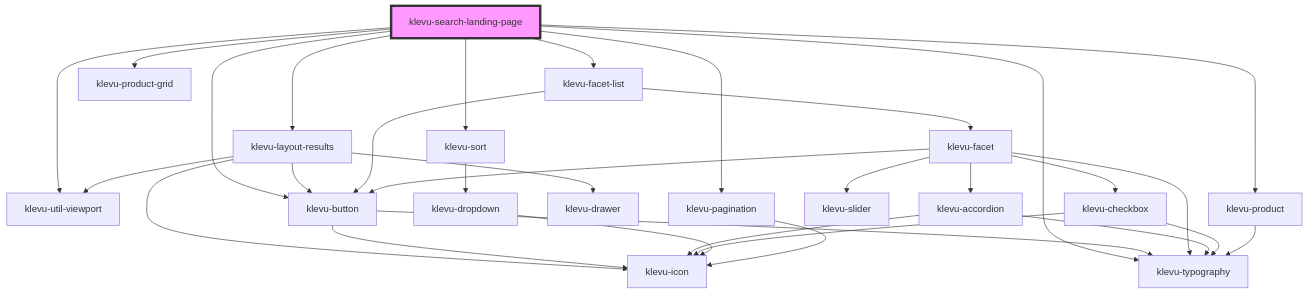
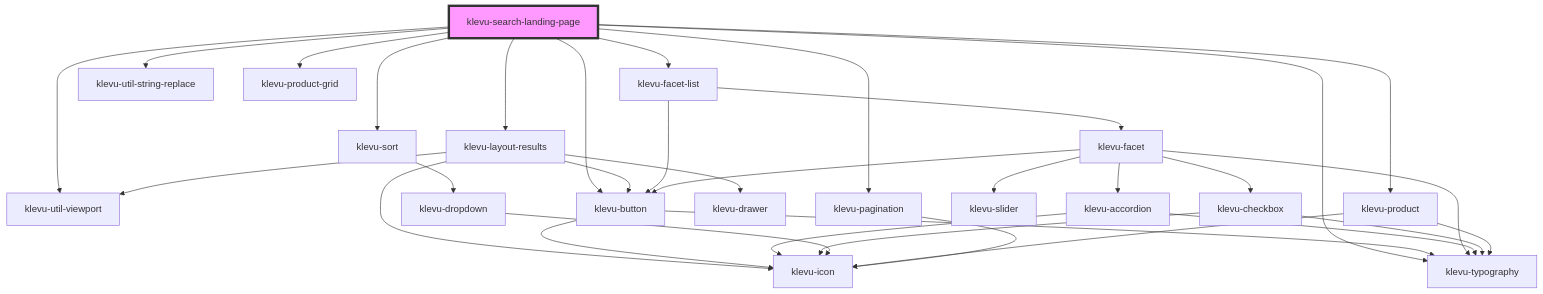
One commit to klevultd/frontend-sdk changed the diagram in packages/klevu-ui/src/components/klevu-search-landing-page/readme.md. Above: the diagram before and after it, drawn with Mermaid. The commit also changed other lines of this file and 35 other files, not shown here.

````diff
--- a/packages/klevu-ui/src/components/klevu-search-landing-page/readme.md
+++ b/packages/klevu-ui/src/components/klevu-search-landing-page/readme.md
@@ -38,34 +41,36 @@
 ```mermaid
 graph TD;
   klevu-search-landing-page --> klevu-util-viewport
   klevu-search-landing-page --> klevu-layout-results
   klevu-search-landing-page --> klevu-facet-list
   klevu-search-landing-page --> klevu-typography
+  klevu-search-landing-page --> klevu-util-string-replace
   klevu-search-landing-page --> klevu-sort
   klevu-search-landing-page --> klevu-product-grid
   klevu-search-landing-page --> klevu-product
   klevu-search-landing-page --> klevu-pagination
   klevu-search-landing-page --> klevu-button
   klevu-layout-results --> klevu-util-viewport
   klevu-layout-results --> klevu-button
   klevu-layout-results --> klevu-icon
   klevu-layout-results --> klevu-drawer
   klevu-button --> klevu-icon
   klevu-button --> klevu-typography
   klevu-facet-list --> klevu-facet
   klevu-facet-list --> klevu-button
   klevu-facet --> klevu-accordion
   klevu-facet --> klevu-typography
   klevu-facet --> klevu-slider
   klevu-facet --> klevu-checkbox
   klevu-facet --> klevu-button
   klevu-accordion --> klevu-typography
   klevu-accordion --> klevu-icon
   klevu-checkbox --> klevu-icon
   klevu-checkbox --> klevu-typography
   klevu-sort --> klevu-dropdown
   klevu-dropdown --> klevu-icon
+  klevu-product --> klevu-icon
   klevu-product --> klevu-typography
   klevu-pagination --> klevu-icon
   style klevu-search-landing-page fill:#f9f,stroke:#333,stroke-width:4px
 ```
````
